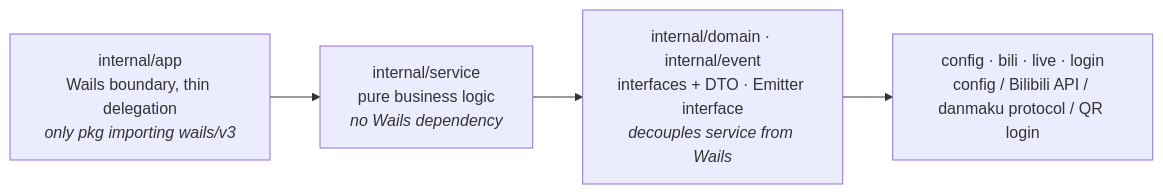
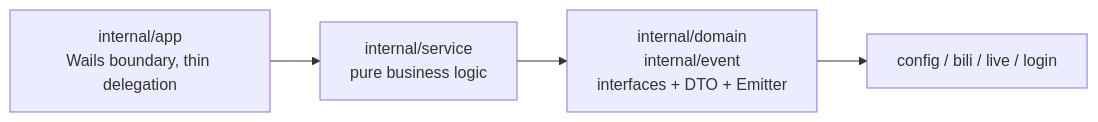
One commit to aDarkMaker/BiliLuckyDraw changed the diagram in docs/en/architecture/overview.md. Above: the diagram before and after it, drawn with Mermaid. The commit also changed 1 other file, not shown here.

Commit message:
docs: 精简后端分层图文字,避免横向溢出

````diff
--- a/docs/en/architecture/overview.md
+++ b/docs/en/architecture/overview.md
@@ -7,9 +7,9 @@
 ```mermaid
 flowchart LR
-    App["internal/app<br/>Wails boundary, thin delegation<br/><i>only pkg importing wails/v3</i>"]
-    Svc["internal/service<br/>pure business logic<br/><i>no Wails dependency</i>"]
-    Dom["internal/domain · internal/event<br/>interfaces + DTO · Emitter interface<br/><i>decouples service from Wails</i>"]
-    Base["config · bili · live · login<br/>config / Bilibili API / danmaku protocol / QR login"]
+    App["internal/app<br/>Wails boundary, thin delegation"]
+    Svc["internal/service<br/>pure business logic"]
+    Dom["internal/domain<br/>internal/event<br/>interfaces + DTO + Emitter"]
+    Base["config / bili / live / login"]
 
     App --> Svc --> Dom --> Base
 ```
````
